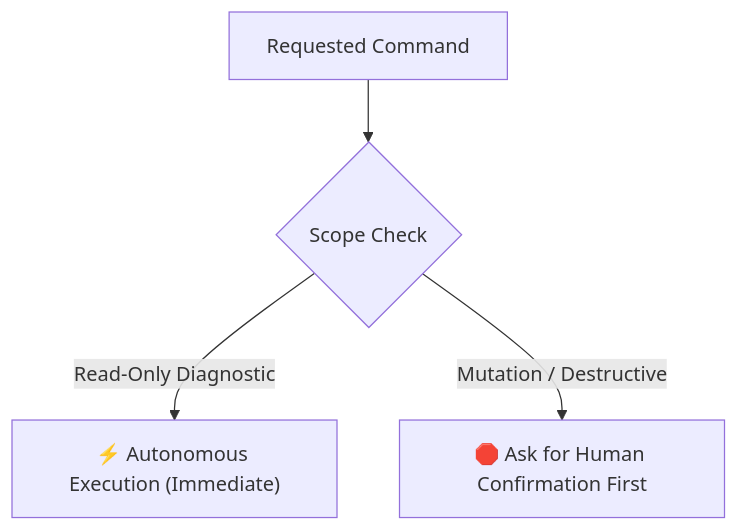
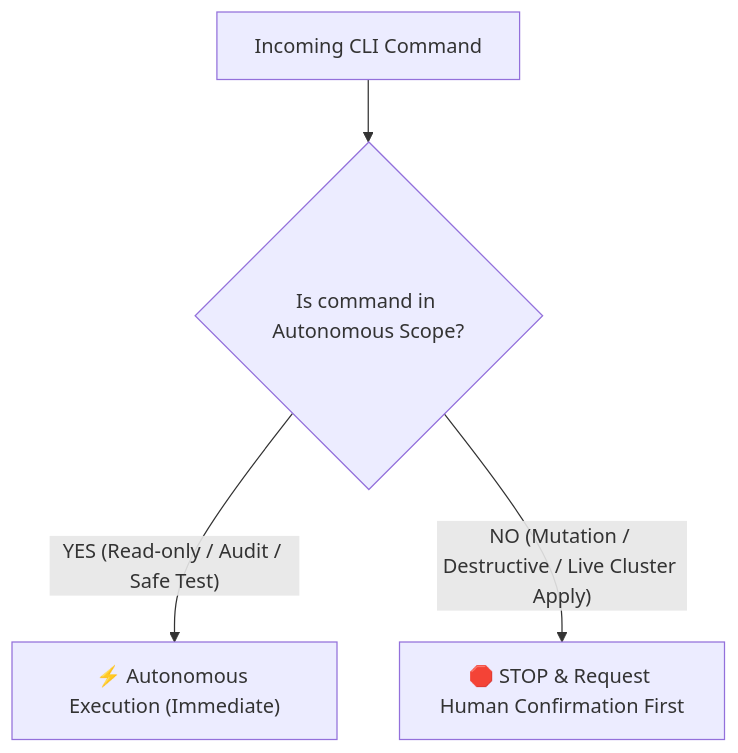
One commit to crapougnax/AGENTS.okf changed the diagram in content/infrastructure/operational-permissions-matrix.md. Above: the diagram before and after it, drawn with Mermaid. The commit also changed other lines of this file and 1 other file, not shown here.

Commit message:
feat(permissions): add exhaustive default-authorized CLI commands and flags matrix

````diff
--- a/content/infrastructure/operational-permissions-matrix.md
+++ b/content/infrastructure/operational-permissions-matrix.md
@@ -20,6 +21,6 @@
 ```mermaid
 flowchart TD
-    Operation["Requested Command"] --> Check{"Scope Check"}
-    Check -->|"Read-Only Diagnostic"| Auto["⚡ Autonomous Execution (Immediate)"]
-    Check -->|"Mutation / Destructive"| Gate["🛑 Ask for Human Confirmation First"]
+    Command["Incoming CLI Command"] --> ScopeCheck{"Is command in Autonomous Scope?"}
+    ScopeCheck -->|"YES (Read-only / Audit / Safe Test)"| Execute["⚡ Autonomous Execution (Immediate)"]
+    ScopeCheck -->|"NO (Mutation / Destructive / Live Cluster Apply)"| Prompt["🛑 STOP & Request Human Confirmation First"]
 ```
````
